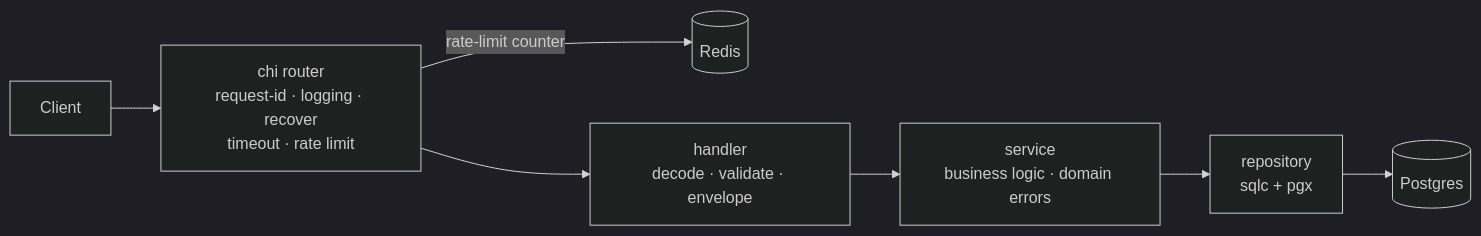
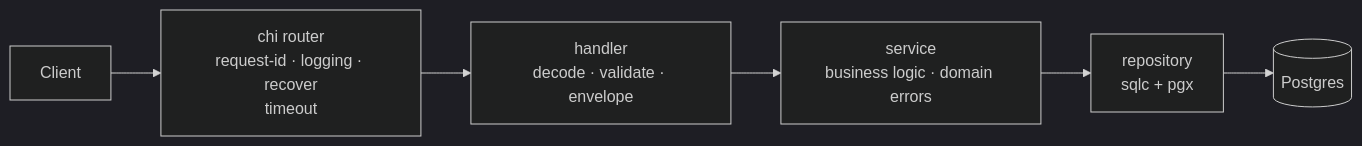
One commit to GtFoBAE05/go-boilerplate changed the diagram in README.md. Above: the diagram before and after it, drawn with Mermaid (dark theme). The commit also changed other lines of this file and 17 other files, not shown here.

````diff
--- a/README.md
+++ b/README.md
@@ -82,9 +82,8 @@
 ```mermaid
 flowchart LR
-    C[Client] --> M[chi router\nrequest-id · logging · recover\ntimeout · rate limit]
-    M -->|rate-limit counter| R[(Redis)]
+    C[Client] --> M[chi router\nrequest-id · logging · recover\ntimeout]
     M --> H[handler\ndecode · validate · envelope]
     H --> S[service\nbusiness logic · domain errors]
     S --> Q[repository\nsqlc + pgx]
     Q --> P[(Postgres)]
 ```
````
